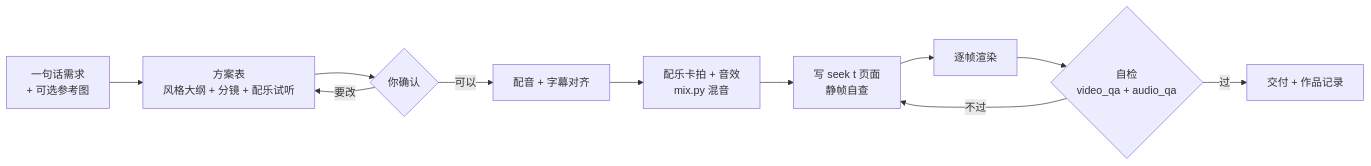
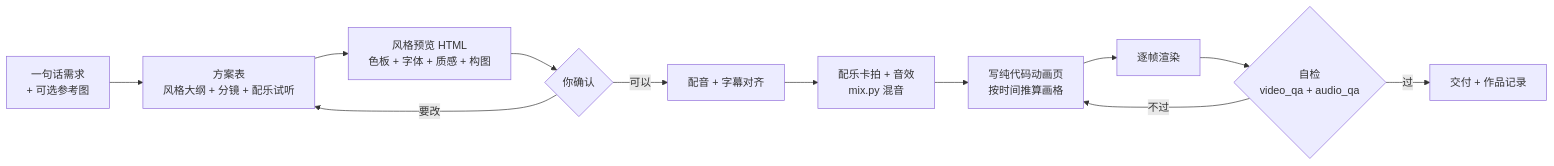
The diagram in README.md (limboinf/video-skill), drawn with Mermaid before and after one commit. The commit also changed other lines of this file and 5 other files, not shown here.

````diff
--- a/README.md
+++ b/README.md
@@ -12,13 +12,14 @@
 ```mermaid
 flowchart LR
   A[一句话需求<br/>+ 可选参考图] --> B[方案表<br/>风格大纲 + 分镜 + 配乐试听]
-  B --> C{你确认}
+  B --> B2[风格预览 HTML<br/>色板 + 字体 + 质感 + 构图]
+  B2 --> C{你确认}
   C -- 要改 --> B
   C -- 可以 --> D[配音 + 字幕对齐]
   D --> E[配乐卡拍 + 音效<br/>mix.py 混音]
-  E --> F[写 seek t 页面<br/>静帧自查]
+  E --> F[写纯代码动画页<br/>按时间推算画格]
   F --> G[逐帧渲染]
   G --> H{自检<br/>video_qa + audio_qa}
   H -- 不过 --> F
   H -- 过 --> I[交付 + 作品记录]
 ```
````
